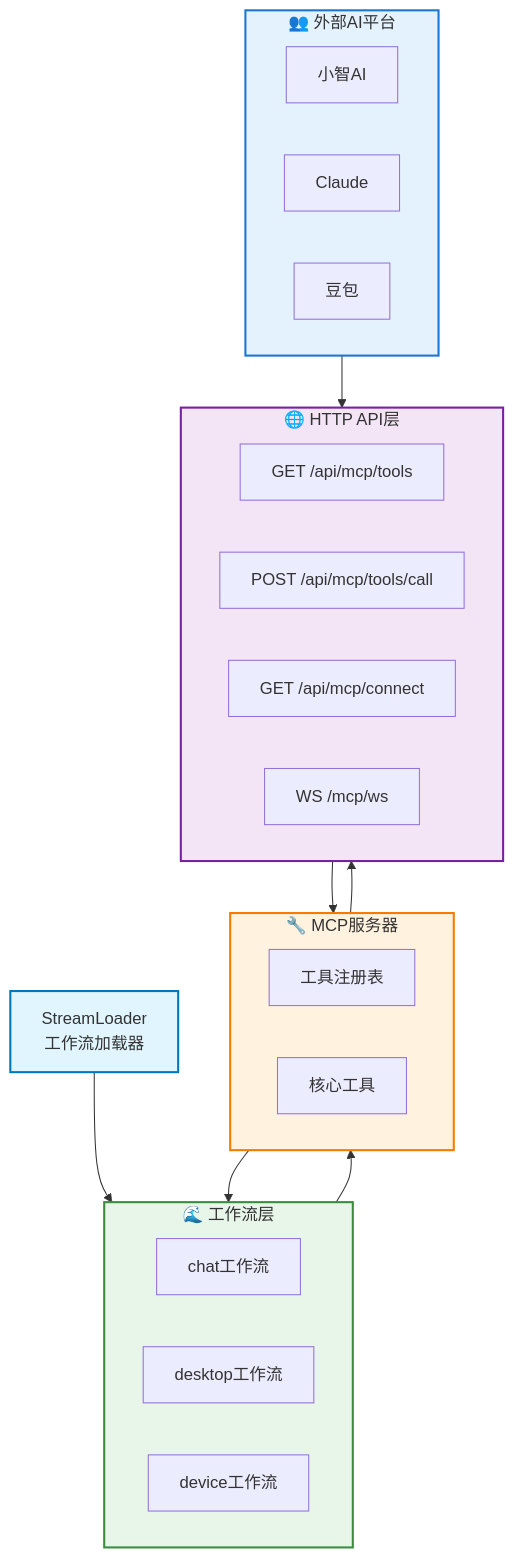
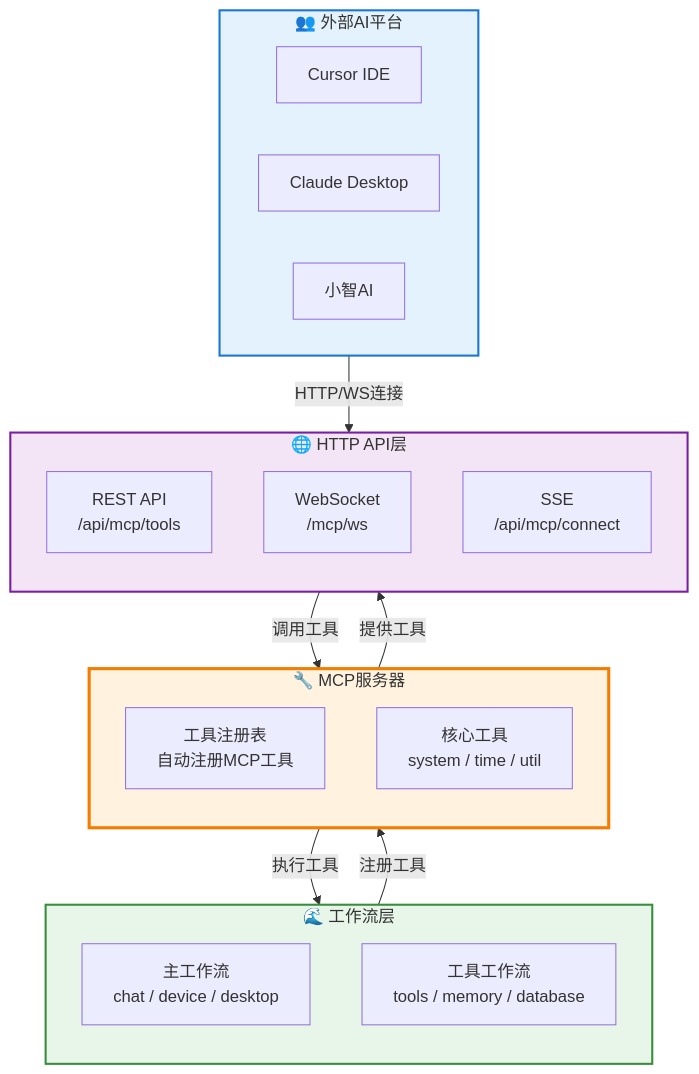
Before and after one commit to sunflowermm/XRK-AGT: the diagram in docs/mcp-guide.md, drawn with Mermaid. The commit also changed other lines of this file and 36 other files, not shown here.

````diff
--- a/docs/mcp-guide.md
+++ b/docs/mcp-guide.md
@@ -39,41 +37,38 @@
 ```mermaid
 flowchart TB
     subgraph External["👥 外部AI平台"]
+        Cursor["Cursor IDE"]
+        Claude["Claude Desktop"]
         XiaoZhi["小智AI"]
-        Claude["Claude"]
-        Doubao["豆包"]
     end
 
     subgraph Streams["🌊 工作流层"]
-        ChatStream["chat工作流"]
-        DesktopStream["desktop工作流"]
-        DeviceStream["device工作流"]
+        direction TB
+        MainStreams["主工作流<br/>chat / device / desktop"]
+        ToolStreams["工具工作流<br/>tools / memory / database"]
     end
 
     subgraph MCPServer["🔧 MCP服务器"]
-        ToolRegistry["工具注册表"]
-        CoreTools["核心工具"]
+        direction TB
+        ToolRegistry["工具注册表<br/>自动注册MCP工具"]
+        CoreTools["核心工具<br/>system / time / util"]
     end
 
     subgraph HTTPAPI["🌐 HTTP API层"]
-        GETTools["GET /api/mcp/tools"]
-        POSTCall["POST /api/mcp/tools/call"]
-        SSEConnect["GET /api/mcp/connect"]
-        WSConnect["WS /mcp/ws"]
+        direction TB
+        REST["REST API<br/>/api/mcp/tools"]
+        WS["WebSocket<br/>/mcp/ws"]
+        SSE["SSE<br/>/api/mcp/connect"]
     end
 
-    StreamLoader["StreamLoader<br/>工作流加载器"]
-
-    External --> HTTPAPI
-    StreamLoader --> Streams
-    Streams --> MCPServer
-    MCPServer --> HTTPAPI
-    HTTPAPI --> MCPServer
-    MCPServer --> Streams
-
+    External -->|HTTP/WS连接| HTTPAPI
+    Streams -->|注册工具| MCPServer
+    MCPServer -->|提供工具| HTTPAPI
+    HTTPAPI -->|调用工具| MCPServer
+    MCPServer -->|执行工具| Streams
+    
     style External fill:#E3F2FD,stroke:#1976D2,stroke-width:2px
     style Streams fill:#E8F5E9,stroke:#388E3C,stroke-width:2px
-    style MCPServer fill:#FFF3E0,stroke:#F57C00,stroke-width:2px
+    style MCPServer fill:#FFF3E0,stroke:#F57C00,stroke-width:3px
     style HTTPAPI fill:#F3E5F5,stroke:#7B1FA2,stroke-width:2px
-    style StreamLoader fill:#E1F5FE,stroke:#0277BD,stroke-width:2px
 ```
````
